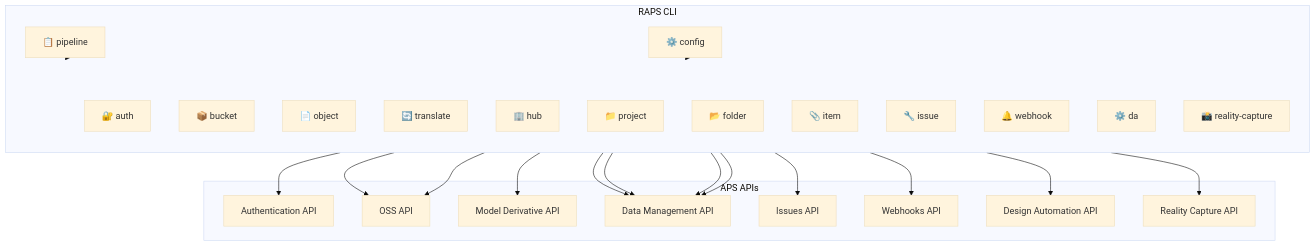
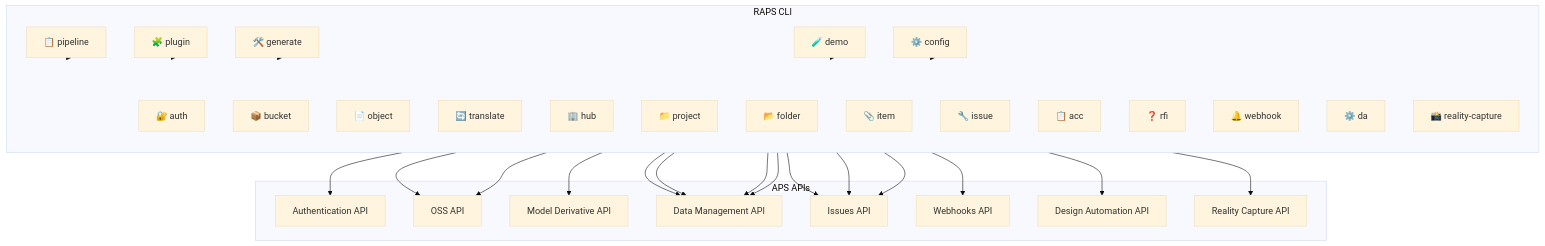
One commit to dmytro-yemelianov/raps changed the first of 6 diagrams in docs/features.md. Above: the diagram before and after it, drawn with Mermaid (base theme). The commit also changed other lines of this file and 47 other files, not shown here.

````diff
--- a/docs/features.md
+++ b/docs/features.md
@@ -12,46 +16,56 @@
 ```mermaid
 graph TB
     subgraph CLI["RAPS CLI"]
         direction TB
         Auth[🔐 auth]
         Bucket[📦 bucket]
         Object[📄 object]
         Translate[🔄 translate]
         Hub[🏢 hub]
         Project[📁 project]
         Folder[📂 folder]
         Item[📎 item]
         Issue[🔧 issue]
+        Acc[📋 acc]
+        Rfi[❓ rfi]
         Webhook[🔔 webhook]
         DA[⚙️ da]
         RC[📸 reality-capture]
         Pipeline[📋 pipeline]
+        Plugin[🧩 plugin]
+        Generate[🛠️ generate]
+        Demo[🧪 demo]
         Config[⚙️ config]
     end
 
     subgraph APIs["APS APIs"]
         AuthAPI[Authentication API]
         OSSAPI[OSS API]
         MDAPI[Model Derivative API]
         DMAPI[Data Management API]
         IssuesAPI[Issues API]
         WebhooksAPI[Webhooks API]
         DAAPI[Design Automation API]
         RCAPI[Reality Capture API]
     end
 
     Auth --> AuthAPI
     Bucket --> OSSAPI
     Object --> OSSAPI
     Translate --> MDAPI
     Hub --> DMAPI
     Project --> DMAPI
     Folder --> DMAPI
     Item --> DMAPI
     Issue --> IssuesAPI
+    Acc --> IssuesAPI
+    Rfi --> IssuesAPI
     Webhook --> WebhooksAPI
     DA --> DAAPI
     RC --> RCAPI
     Pipeline --> CLI
+    Plugin --> CLI
+    Generate --> CLI
+    Demo --> CLI
     Config --> CLI
 ```
````
